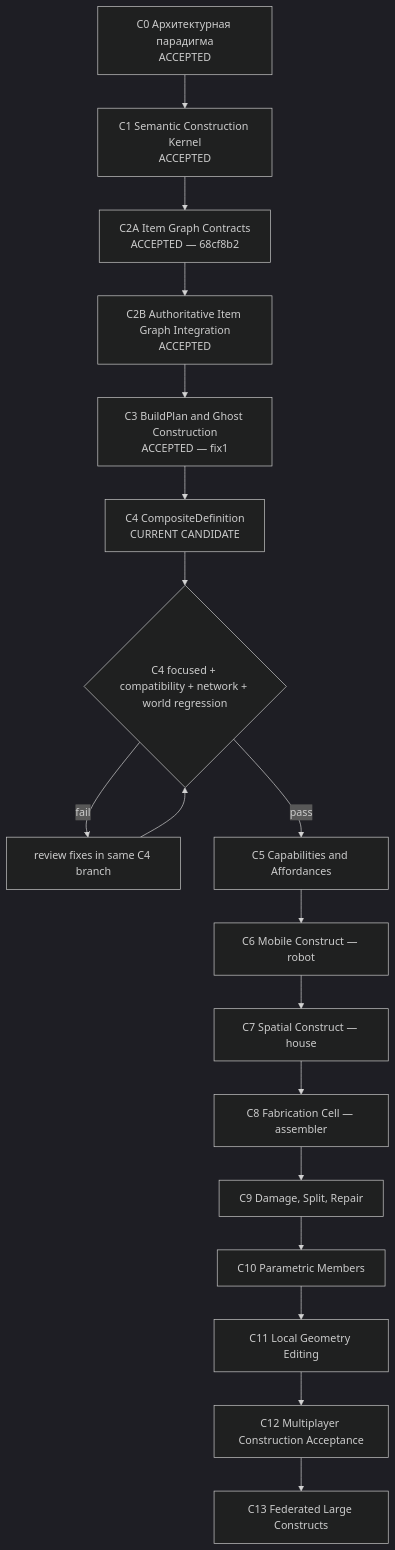
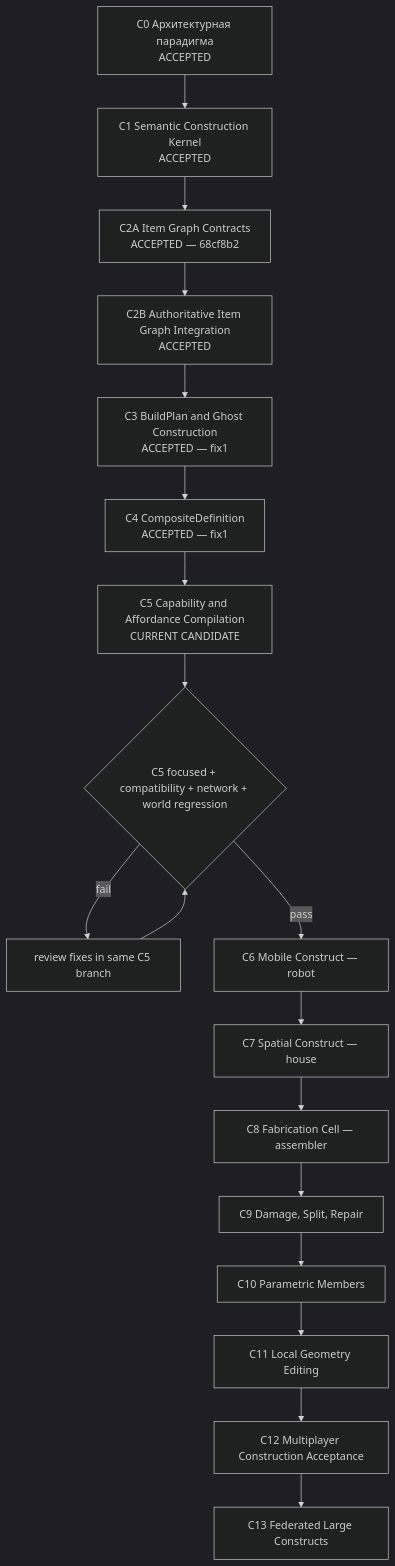
The diagram in docs/plans/CONSTRUCTION_MAP_RU.md (rootfabric/distributed-world-simulator), drawn with Mermaid (dark theme) before and after one commit. The commit also changed other lines of this file and 40 other files, not shown here.

Commit message:
feat(construction): compile capabilities and affordances

````diff
--- a/docs/plans/CONSTRUCTION_MAP_RU.md
+++ b/docs/plans/CONSTRUCTION_MAP_RU.md
@@ -22,20 +23,20 @@
 ```mermaid
 flowchart TD
     C0["C0 Архитектурная парадигма\nACCEPTED"] --> C1["C1 Semantic Construction Kernel\nACCEPTED"]
     C1 --> C2A["C2A Item Graph Contracts\nACCEPTED — 68cf8b2"]
     C2A --> C2B["C2B Authoritative Item Graph Integration\nACCEPTED"]
     C2B --> C3["C3 BuildPlan and Ghost Construction\nACCEPTED — fix1"]
-    C3 --> C4["C4 CompositeDefinition\nCURRENT CANDIDATE"]
-    C4 --> G4{"C4 focused + compatibility + network + world regression"}
-    G4 -- fail --> F4["review fixes in same C4 branch"]
-    F4 --> G4
-    G4 -- pass --> C5["C5 Capabilities and Affordances"]
-    C5 --> C6["C6 Mobile Construct — robot"]
+    C3 --> C4["C4 CompositeDefinition\nACCEPTED — fix1"]
+    C4 --> C5["C5 Capability and Affordance Compilation\nCURRENT CANDIDATE"]
+    C5 --> G5{"C5 focused + compatibility + network + world regression"}
+    G5 -- fail --> F5["review fixes in same C5 branch"]
+    F5 --> G5
+    G5 -- pass --> C6["C6 Mobile Construct — robot"]
     C6 --> C7["C7 Spatial Construct — house"]
     C7 --> C8["C8 Fabrication Cell — assembler"]
     C8 --> C9["C9 Damage, Split, Repair"]
     C9 --> C10["C10 Parametric Members"]
     C10 --> C11["C11 Local Geometry Editing"]
     C11 --> C12["C12 Multiplayer Construction Acceptance"]
     C12 --> C13["C13 Federated Large Constructs"]
 ```
````
